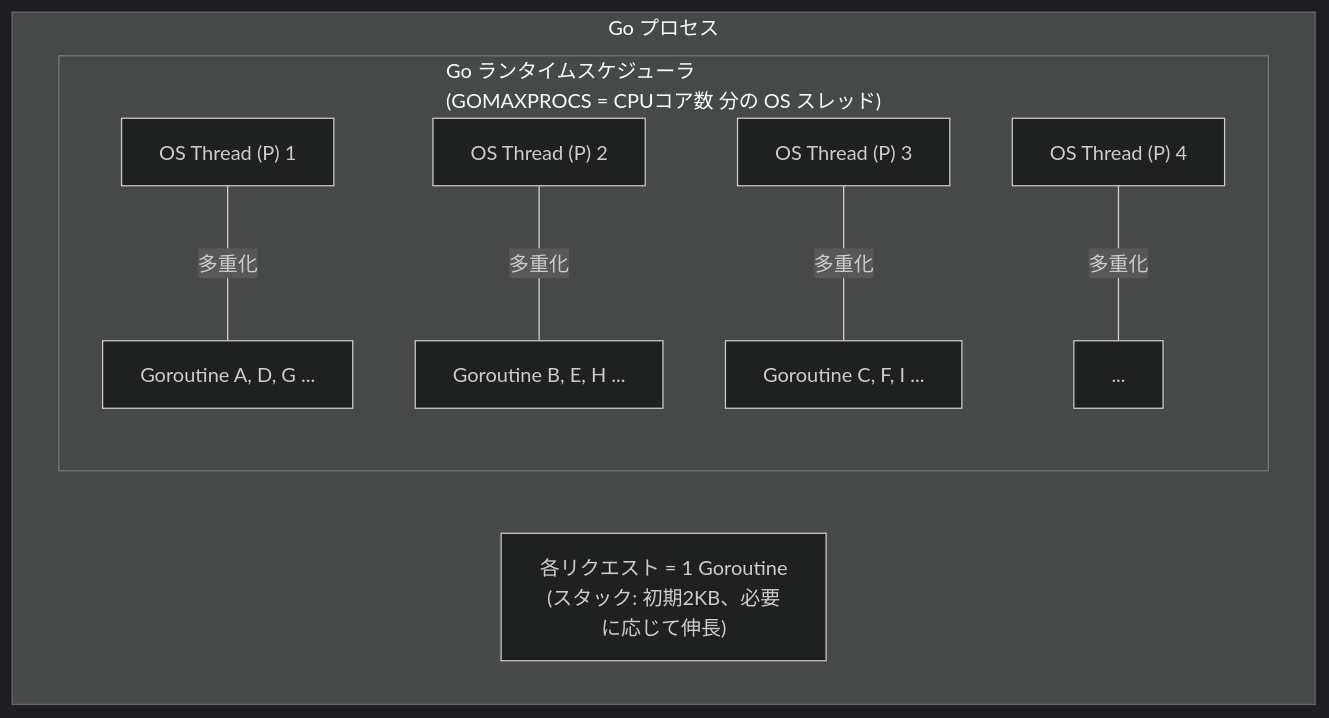
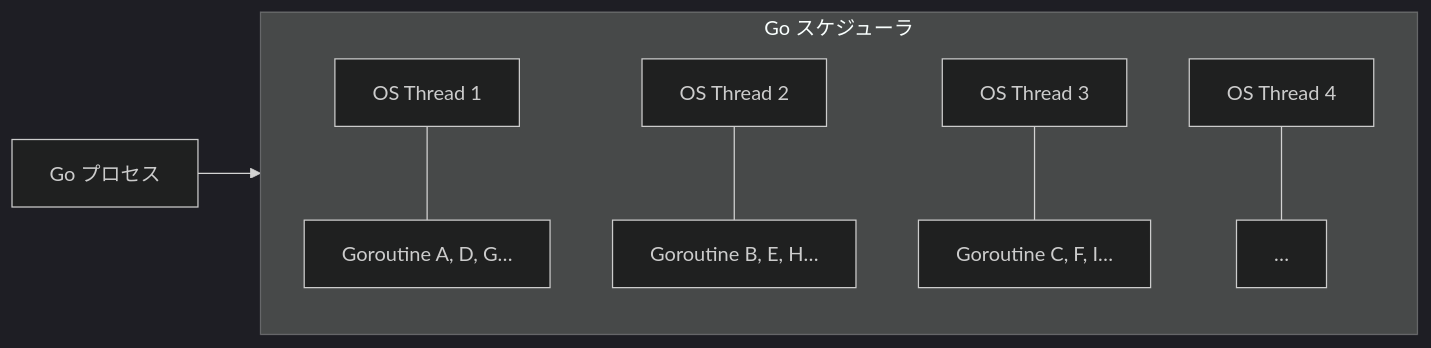
The tenth of 14 diagrams in details/Webサーバーとランタイムのリクエスト処理モデル.md (ryotaro-boost/web-engineer-knowledge-layers), drawn with Mermaid (dark theme) before and after one commit. The commit also changed other lines of this file, not shown here.

First line of the commit message:
Mermaid図のテキスト重なりを修正

````diff
--- a/details/Webサーバーとランタイムのリクエスト処理モデル.md
+++ b/details/Webサーバーとランタイムのリクエスト処理モデル.md
@@ -342,12 +337,10 @@
 ```mermaid
-graph TD
-    subgraph GoProc["Go プロセス"]
-        subgraph Sched["Go ランタイムスケジューラ<br>(GOMAXPROCS = CPUコア数 分の OS スレッド)"]
-            P1["OS Thread (P) 1"] ---|多重化| G1["Goroutine A, D, G ..."]
-            P2["OS Thread (P) 2"] ---|多重化| G2["Goroutine B, E, H ..."]
-            P3["OS Thread (P) 3"] ---|多重化| G3["Goroutine C, F, I ..."]
-            P4["OS Thread (P) 4"] ---|多重化| G4["..."]
-        end
-        Note["各リクエスト = 1 Goroutine<br>(スタック: 初期2KB、必要に応じて伸長)"]
+graph LR
+    GoProc["Go プロセス"] --> Sched
+    subgraph Sched["Go スケジューラ"]
+        P1["OS Thread 1"] --- G1["Goroutine A, D, G…"]
+        P2["OS Thread 2"] --- G2["Goroutine B, E, H…"]
+        P3["OS Thread 3"] --- G3["Goroutine C, F, I…"]
+        P4["OS Thread 4"] --- G4["…"]
     end
 ```
````
